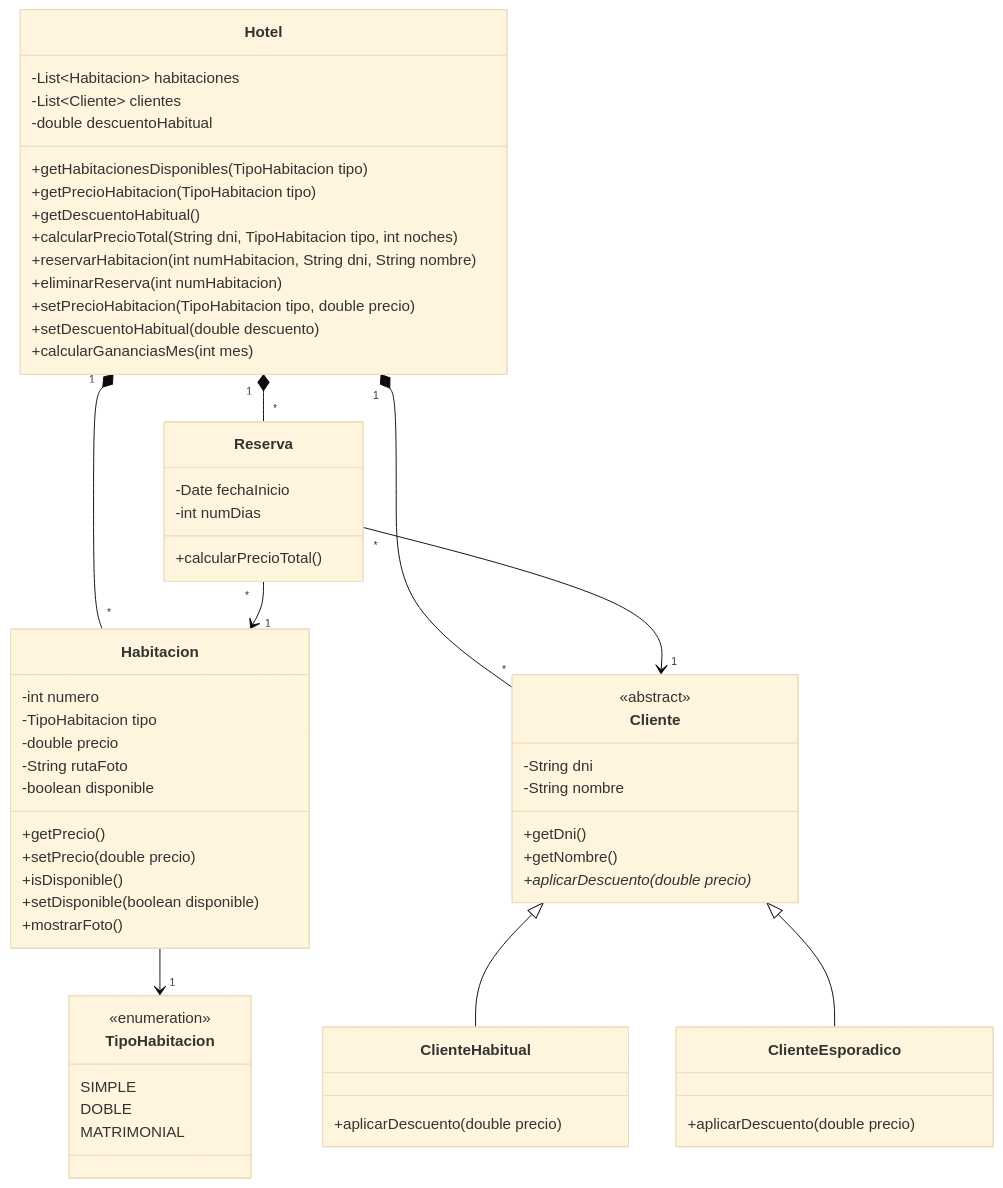
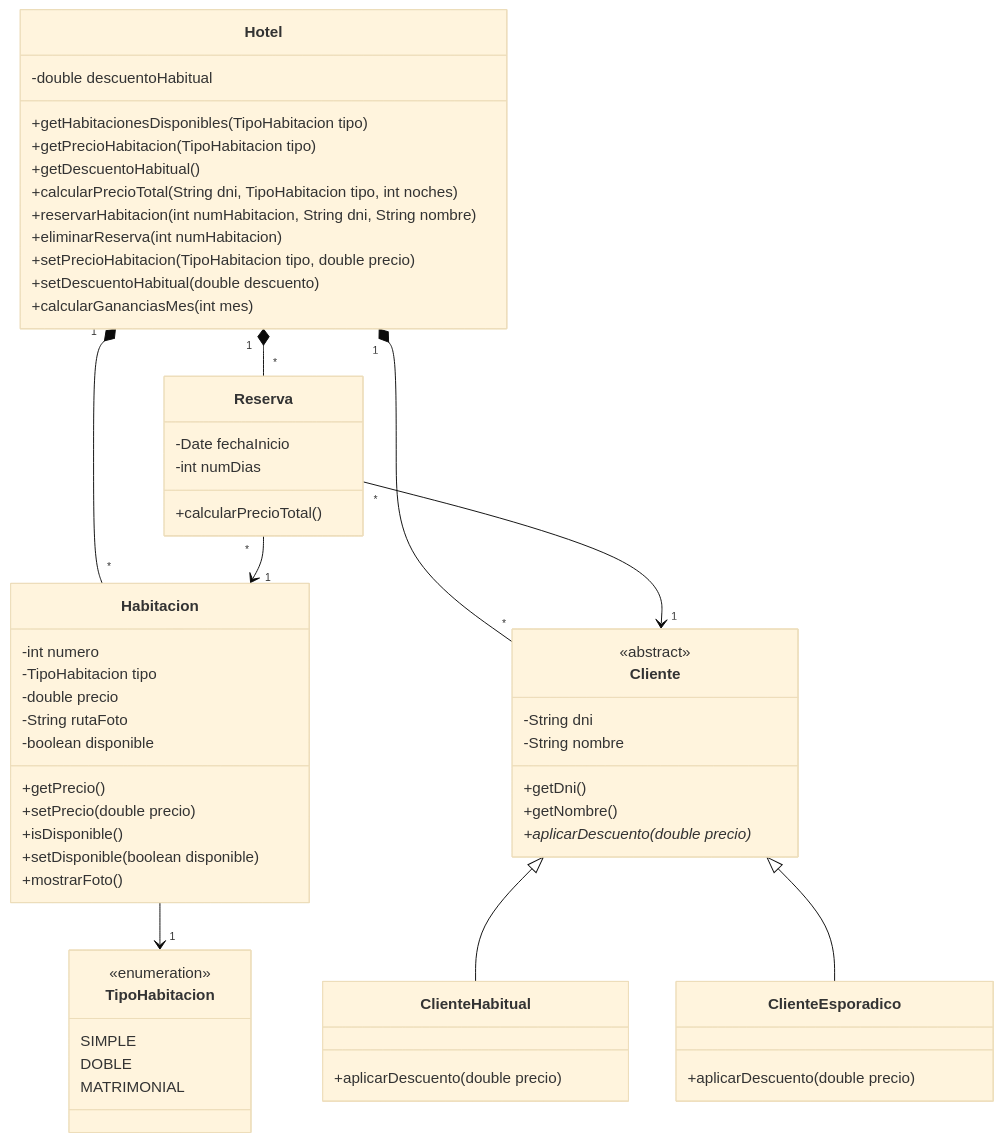
One commit to danielmartinan/entornos_desarrollo_2024-25 changed diagram 19 of 20 in UD4 - Introducción a POO, diagramas UML y diagramas de clases/ud04_2_notacion_uml_diagramas_clases.md. Above: the diagram before and after it, drawn with Mermaid (base theme). The commit also changed other lines of this file and 4 other files, not shown here.

````diff
--- a/UD4 - Introducción a POO, diagramas UML y diagramas de clases/ud04_2_notacion_uml_diagramas_clases.md
+++ b/UD4 - Introducción a POO, diagramas UML y diagramas de clases/ud04_2_notacion_uml_diagramas_clases.md
@@ -650,72 +629,70 @@
 ```mermaid
 
 classDiagram
     %% Clases Principales %%
     class Hotel {
-        -List~Habitacion~ habitaciones
-        -List~Cliente~ clientes
         -double descuentoHabitual
         +getHabitacionesDisponibles(TipoHabitacion tipo)
         +getPrecioHabitacion(TipoHabitacion tipo)
         +getDescuentoHabitual()
         +calcularPrecioTotal(String dni, TipoHabitacion tipo, int noches)
         +reservarHabitacion(int numHabitacion, String dni, String nombre)
         +eliminarReserva(int numHabitacion)
         +setPrecioHabitacion(TipoHabitacion tipo, double precio)
         +setDescuentoHabitual(double descuento)
         +calcularGananciasMes(int mes)
     }
 
     class Habitacion {
         -int numero
         -TipoHabitacion tipo
         -double precio
         -String rutaFoto
         -boolean disponible
         +getPrecio()
         +setPrecio(double precio)
         +isDisponible()
         +setDisponible(boolean disponible)
         +mostrarFoto()
     }
 
     class Cliente {
         <<abstract>>
         -String dni
         -String nombre
         +getDni()
         +getNombre()
         +aplicarDescuento(double precio)*
     }
 
     class ClienteHabitual {
         +aplicarDescuento(double precio)
     }
 
     class ClienteEsporadico {
         +aplicarDescuento(double precio)
     }
 
     class Reserva {
         -Date fechaInicio
         -int numDias
         +calcularPrecioTotal()
     }
 
     class TipoHabitacion {
         <<enumeration>>
         SIMPLE
         DOBLE
         MATRIMONIAL
     }
 
     Hotel "1" *-- "*" Habitacion
     Hotel "1" *-- "*" Cliente
     Hotel "1" *-- "*" Reserva
     Reserva "*" --> "1" Cliente
     Reserva "*" --> "1" Habitacion
     Habitacion --> "1" TipoHabitacion
     Cliente <|-- ClienteHabitual
     Cliente <|-- ClienteEsporadico
 
 ```
````
